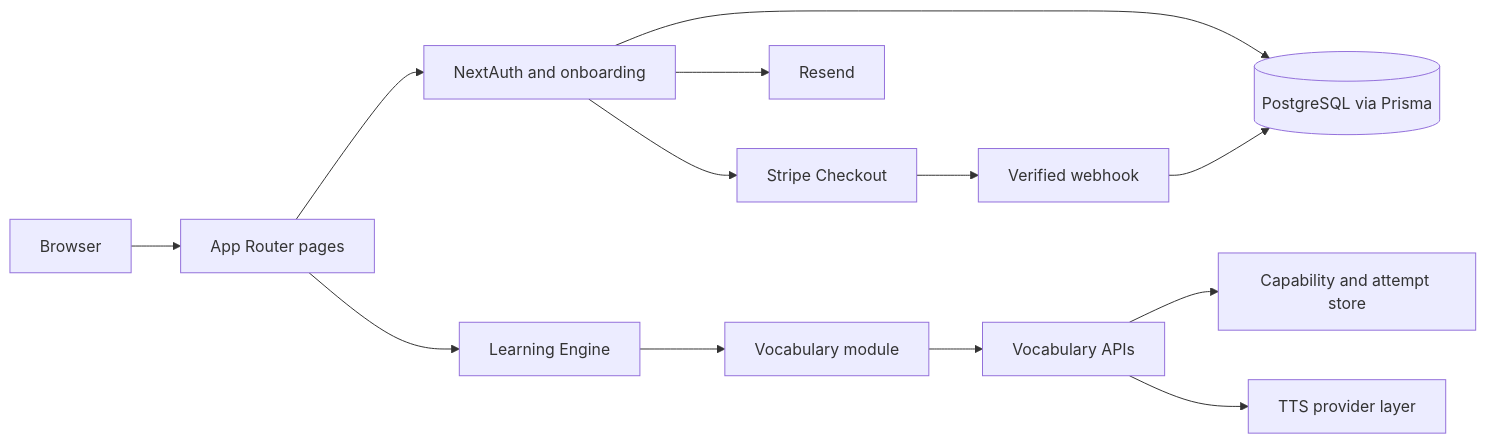
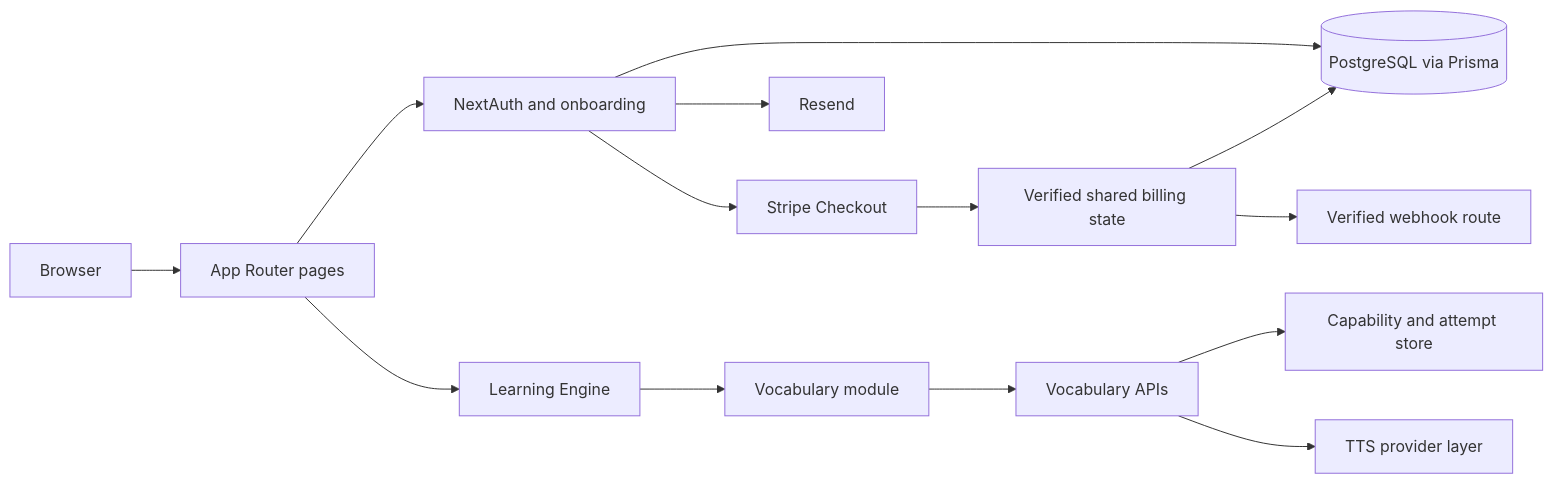
One commit to chadbrooks80/braingenius-startup changed the diagram in docs/architecture/system-overview.md. Above: the diagram before and after it, drawn with Mermaid. The commit also changed other lines of this file and 28 other files, not shown here.

````diff
--- a/docs/architecture/system-overview.md
+++ b/docs/architecture/system-overview.md
@@ -33,15 +33,16 @@
 ```mermaid
 flowchart LR
   Browser --> Routes[App Router pages]
   Routes --> Auth[NextAuth and onboarding]
   Routes --> Engine[Learning Engine]
   Engine --> Vocab[Vocabulary module]
   Vocab --> VAPI[Vocabulary APIs]
   VAPI --> Cap[Capability and attempt store]
   VAPI --> TTS[TTS provider layer]
   Auth --> DB[(PostgreSQL via Prisma)]
   Auth --> Email[Resend]
   Auth --> Stripe[Stripe Checkout]
-  Stripe --> Webhook[Verified webhook]
-  Webhook --> DB
+  Stripe --> Billing[Verified shared billing state]
+  Billing --> Webhook[Verified webhook route]
+  Billing --> DB
 ```
````
